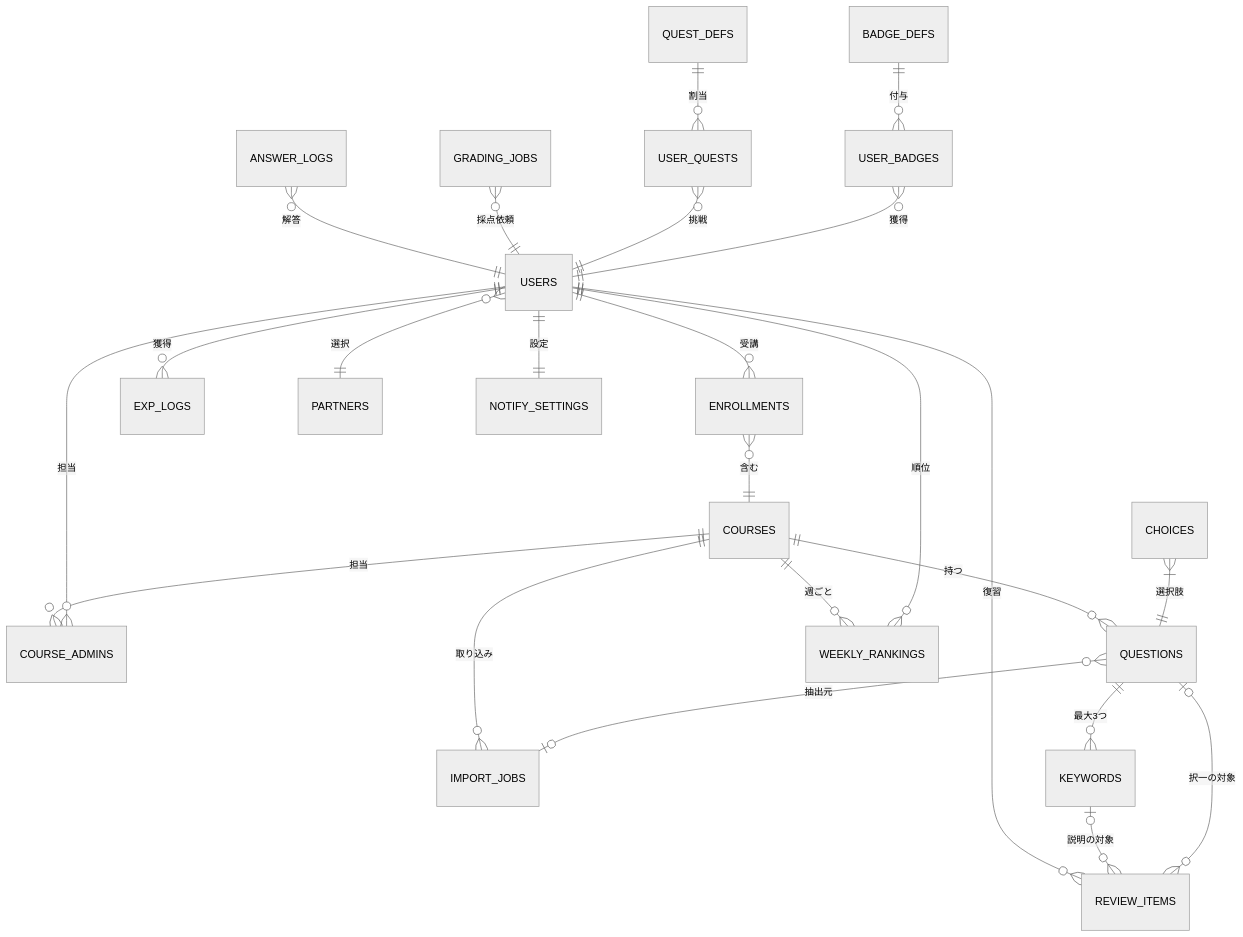
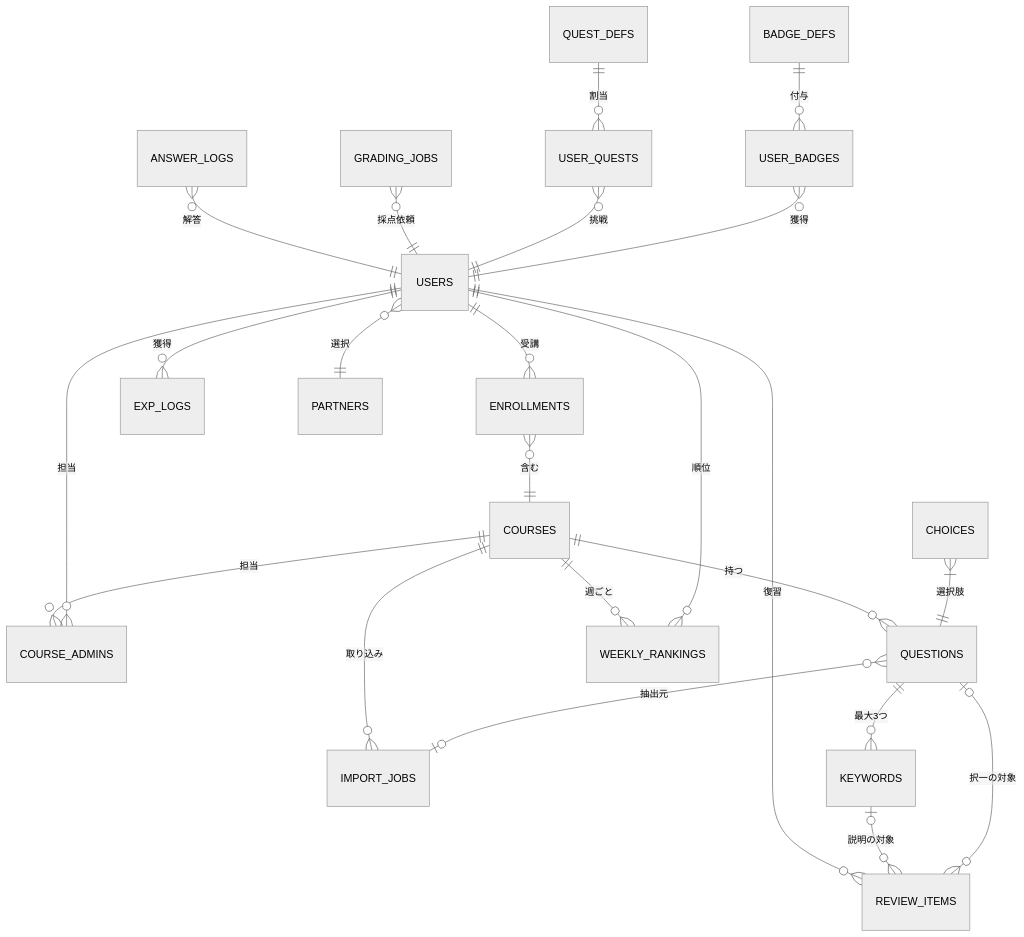
Diagram 16 of 16 in documents/外部設計書_RPG学習アプリ.md (pocarialice/rpglearning), drawn with Mermaid (neutral theme) before and after one commit. The commit also changed other lines of this file and 9 other files, not shown here.

````diff
--- a/documents/外部設計書_RPG学習アプリ.md
+++ b/documents/外部設計書_RPG学習アプリ.md
@@ -1258,26 +1240,25 @@
 ```mermaid
 erDiagram
   USERS ||--o{ ENROLLMENTS : 受講
   ENROLLMENTS }o--|| COURSES : 含む
   COURSES ||--o{ COURSE_ADMINS : 担当
   COURSE_ADMINS }o--|| USERS : 担当
   COURSES ||--o{ IMPORT_JOBS : 取り込み
   QUESTIONS }o--o| IMPORT_JOBS : 抽出元
   COURSES ||--o{ QUESTIONS : 持つ
   CHOICES }|--|| QUESTIONS : 選択肢
   QUESTIONS ||--o{ KEYWORDS : 最大3つ
   ANSWER_LOGS }o--|| USERS : 解答
   USERS ||--o{ REVIEW_ITEMS : 復習
   REVIEW_ITEMS }o--o| QUESTIONS : 択一の対象
   KEYWORDS |o--o{ REVIEW_ITEMS : 説明の対象
   GRADING_JOBS }o--|| USERS : 採点依頼
   USERS ||--o{ EXP_LOGS : 獲得
   USER_QUESTS }o--|| USERS : 挑戦
   QUEST_DEFS ||--o{ USER_QUESTS : 割当
   USER_BADGES }o--|| USERS : 獲得
   BADGE_DEFS ||--o{ USER_BADGES : 付与
   USERS }o--|| PARTNERS : 選択
   COURSES ||--o{ WEEKLY_RANKINGS : 週ごと
   WEEKLY_RANKINGS }o--|| USERS : 順位
-  USERS ||--|| NOTIFY_SETTINGS : 設定
 ```
````
